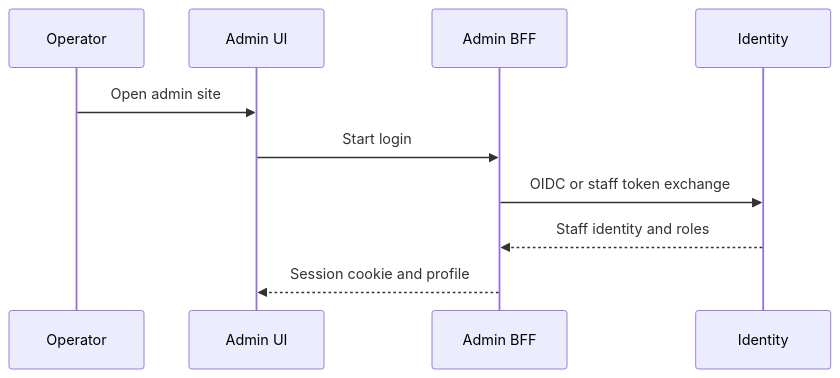
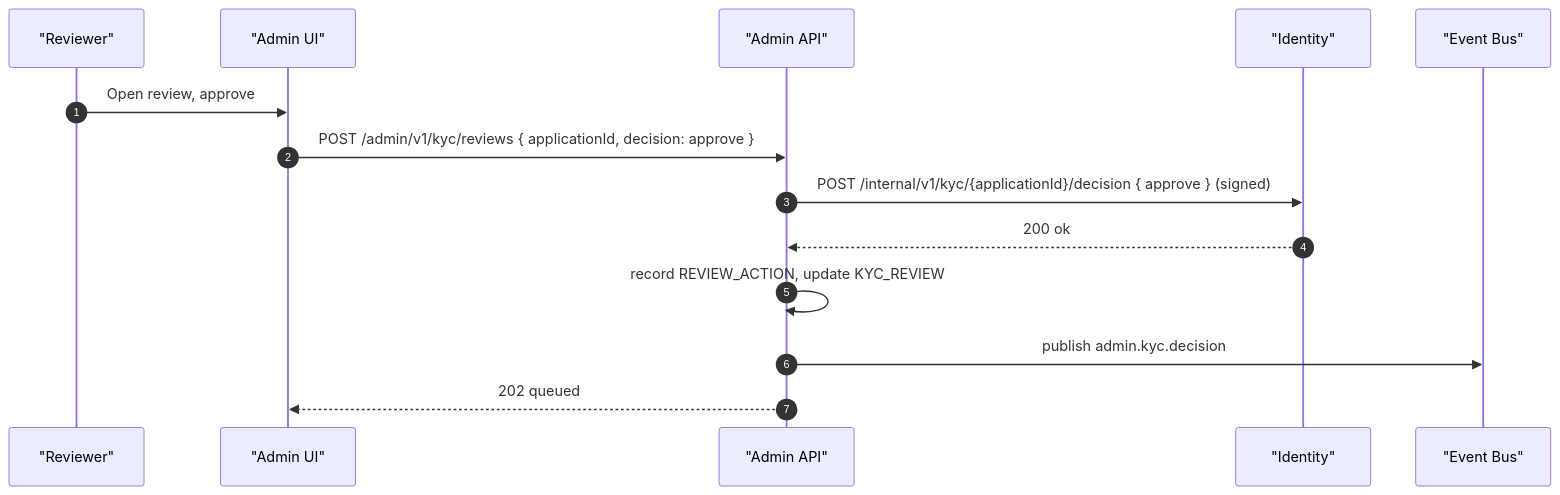
The third of 5 diagrams in miniapp-admin.md (fuzeac/fuze-telegram-mini-app), drawn with Mermaid before and after one commit. The commit also changed other lines of this file, not shown here.

````diff
--- a/miniapp-admin.md
+++ b/miniapp-admin.md
@@ -110,12 +158,16 @@
 ```mermaid
 sequenceDiagram
-participant OP as Operator
-participant UI as Admin UI
-participant BFF as Admin BFF
-participant IDP as Identity
-OP->>UI: Open admin site
-UI->>BFF: Start login
-BFF->>IDP: OIDC or staff token exchange
-IDP-->>BFF: Staff identity and roles
-BFF-->>UI: Session cookie and profile
+  autonumber
+  participant OP as "Reviewer"
+  participant UI as "Admin UI"
+  participant ADM as "Admin API"
+  participant ID as "Identity"
+  participant EVT as "Event Bus"
+  OP->>UI: Open review, approve
+  UI->>ADM: POST /admin/v1/kyc/reviews { applicationId, decision: approve }
+  ADM->>ID: POST /internal/v1/kyc/{applicationId}/decision { approve } (signed)
+  ID-->>ADM: 200 ok
+  ADM->>ADM: record REVIEW_ACTION, update KYC_REVIEW
+  ADM->>EVT: publish admin.kyc.decision
+  ADM-->>UI: 202 queued
 ```
````
